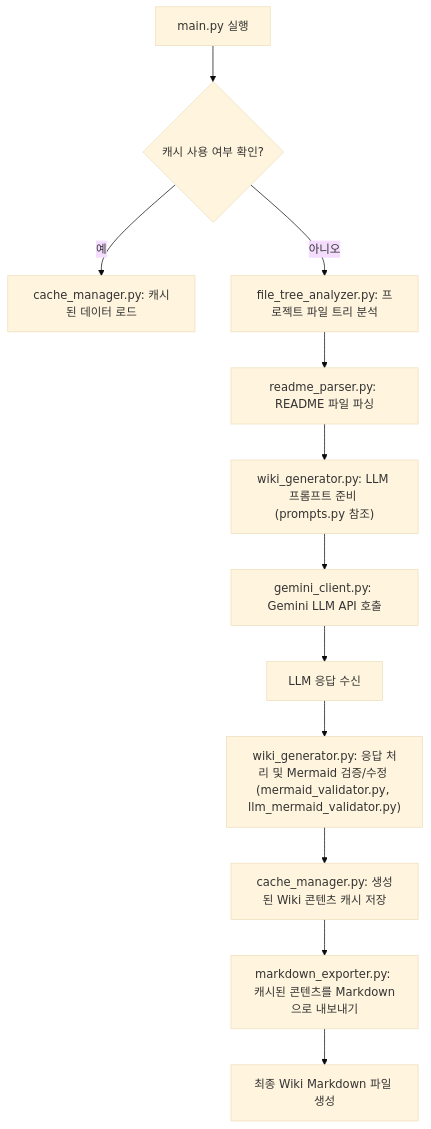
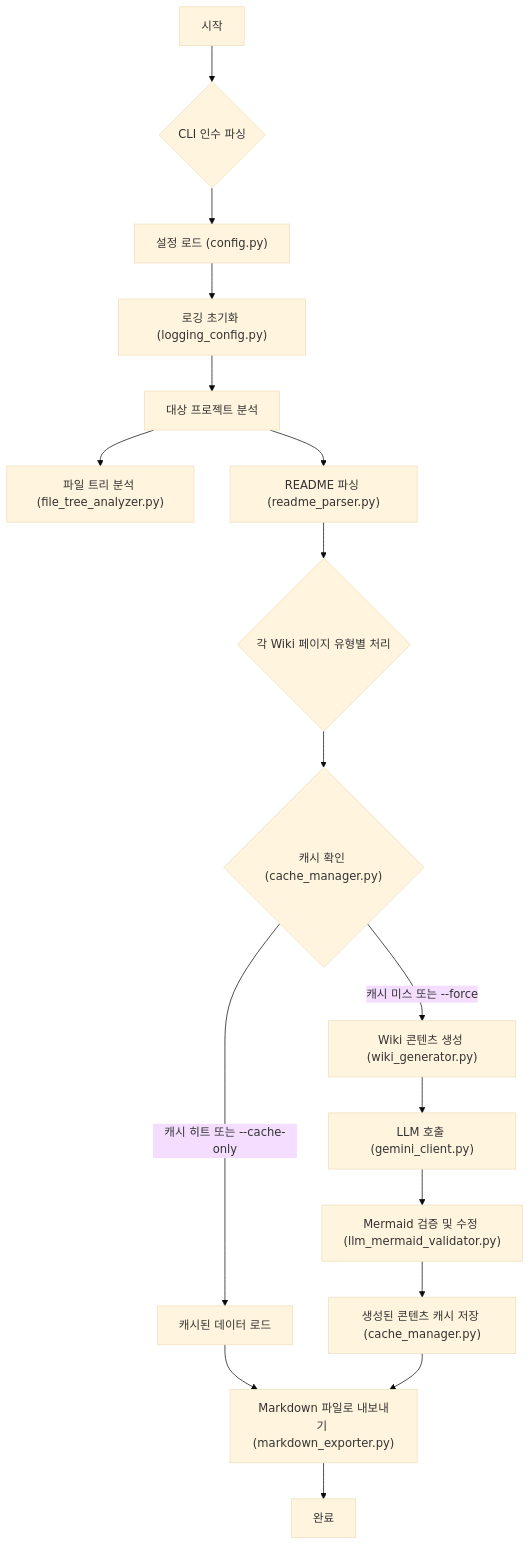
One commit to woosikseol/deepwiki-open changed the fourth of 5 diagrams in python_kb/.adalflow/wikicache/python_kb/architecture.md. Above: the diagram before and after it, drawn with Mermaid (base theme). The commit also changed other lines of this file and 30 other files, not shown here.

Commit message:
llm mermaid validation

````diff
--- a/python_kb/.adalflow/wikicache/python_kb/architecture.md
+++ b/python_kb/.adalflow/wikicache/python_kb/architecture.md
@@ -156,14 +211,19 @@
 ```mermaid
 graph TD
-    A["main.py 실행"] --> B{"캐시 사용 여부 확인?"}
-    B -- "예" --> C["cache_manager.py: 캐시된 데이터 로드"]
-    B -- "아니오" --> D["file_tree_analyzer.py: 프로젝트 파일 트리 분석"]
-    D --> E["readme_parser.py: README 파일 파싱"]
-    E --> F["wiki_generator.py: LLM 프롬프트 준비 (prompts.py 참조)"]
-    F --> G["gemini_client.py: Gemini LLM API 호출"]
-    G --> H["LLM 응답 수신"]
-    H --> I["wiki_generator.py: 응답 처리 및 Mermaid 검증/수정 (mermaid_validator.py, llm_mermaid_validator.py)"]
-    I --> J["cache_manager.py: 생성된 Wiki 콘텐츠 캐시 저장"]
-    J --> K["markdown_exporter.py: 캐시된 콘텐츠를 Markdown으로 내보내기"]
-    K --> L["최종 Wiki Markdown 파일 생성"]
+    A["시작"] --> B{"CLI 인수 파싱"}
+    B --> C["설정 로드 (config.py)"]
+    C --> D["로깅 초기화 (logging_config.py)"]
+    D --> E["대상 프로젝트 분석"]
+    E --> E1["파일 트리 분석 (file_tree_analyzer.py)"]
+    E --> E2["README 파싱 (readme_parser.py)"]
+    E2 --> F{"각 Wiki 페이지 유형별 처리"}
+    F --> G{"캐시 확인 (cache_manager.py)"}
+    G -- "캐시 히트 또는 --cache-only" --> H["캐시된 데이터 로드"]
+    G -- "캐시 미스 또는 --force" --> I["Wiki 콘텐츠 생성 (wiki_generator.py)"]
+    I --> J["LLM 호출 (gemini_client.py)"]
+    J --> K["Mermaid 검증 및 수정 (llm_mermaid_validator.py)"]
+    K --> L["생성된 콘텐츠 캐시 저장 (cache_manager.py)"]
+    H --> M["Markdown 파일로 내보내기 (markdown_exporter.py)"]
+    L --> M
+    M --> N["완료"]
 ```
````
